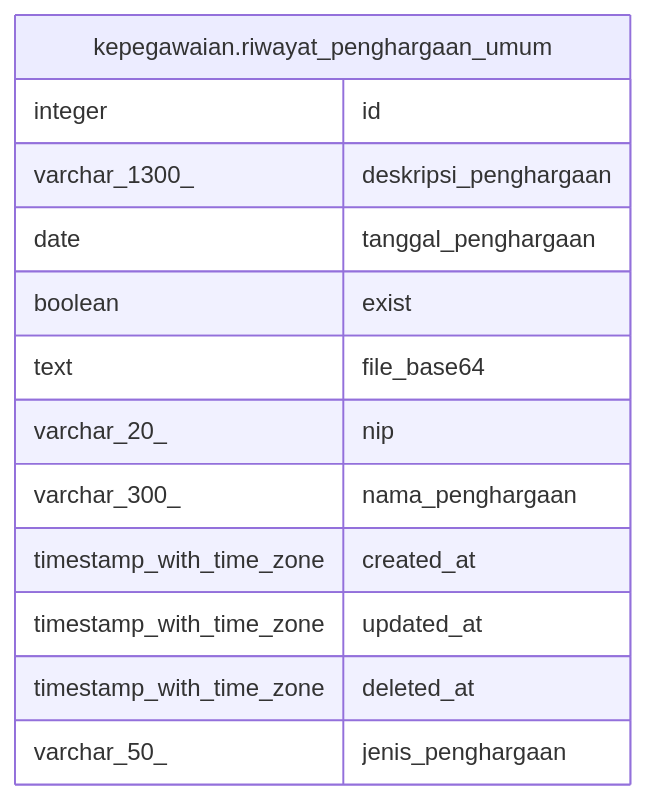
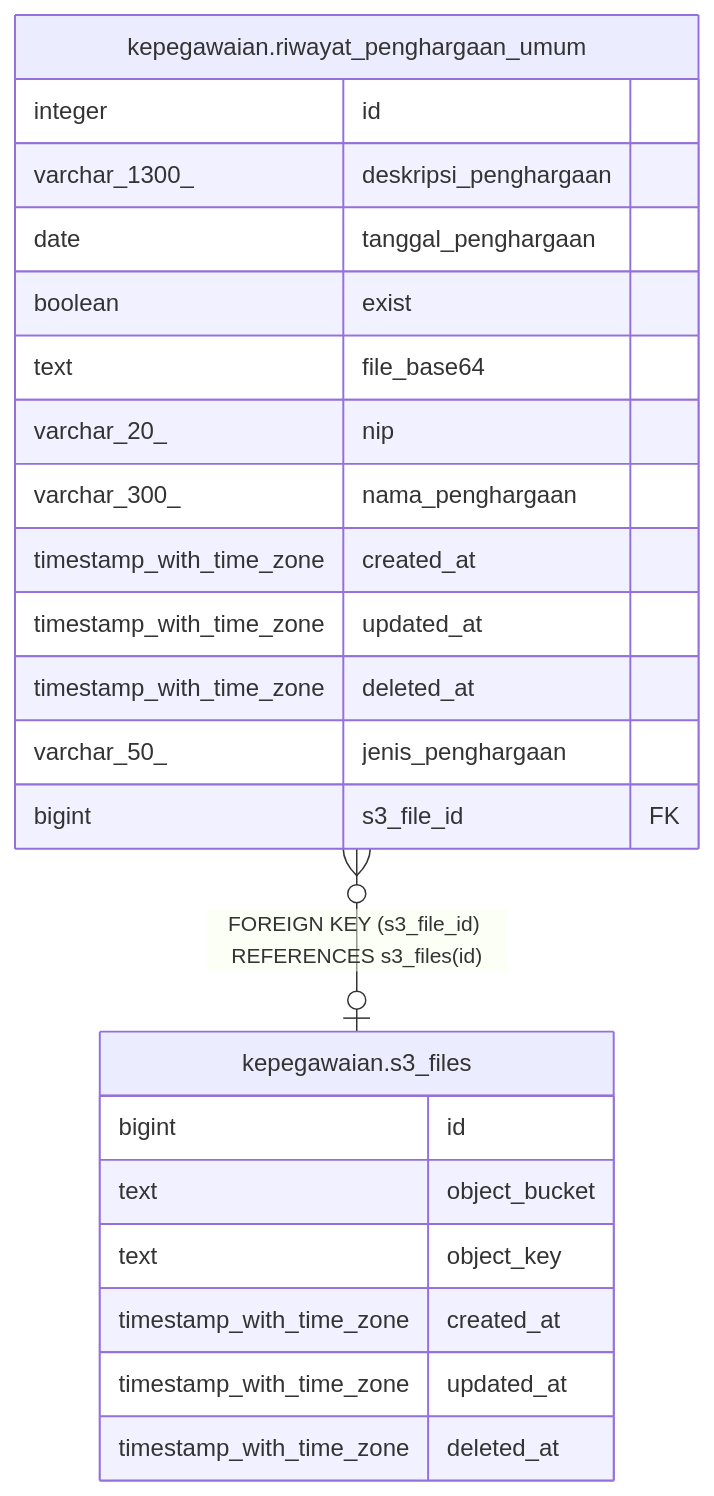
The diagram in services/kepegawaian/docs/db/kepegawaian.riwayat_penghargaan_umum.md (nandanugg/triforce.nvim), drawn with Mermaid before and after one commit. The commit also changed other lines of this file and 41 other files, not shown here.

````diff
--- a/services/kepegawaian/docs/db/kepegawaian.riwayat_penghargaan_umum.md
+++ b/services/kepegawaian/docs/db/kepegawaian.riwayat_penghargaan_umum.md
@@ -37,18 +39,28 @@
 ```mermaid
 erDiagram
 
+"kepegawaian.riwayat_penghargaan_umum" }o--o| "kepegawaian.s3_files" : "FOREIGN KEY (s3_file_id) REFERENCES s3_files(id)"
 
 "kepegawaian.riwayat_penghargaan_umum" {
   integer id
   varchar_1300_ deskripsi_penghargaan
   date tanggal_penghargaan
   boolean exist
   text file_base64
   varchar_20_ nip
   varchar_300_ nama_penghargaan
   timestamp_with_time_zone created_at
   timestamp_with_time_zone updated_at
   timestamp_with_time_zone deleted_at
   varchar_50_ jenis_penghargaan
+  bigint s3_file_id FK
+}
+"kepegawaian.s3_files" {
+  bigint id
+  text object_bucket
+  text object_key
+  timestamp_with_time_zone created_at
+  timestamp_with_time_zone updated_at
+  timestamp_with_time_zone deleted_at
 }
 ```
````
